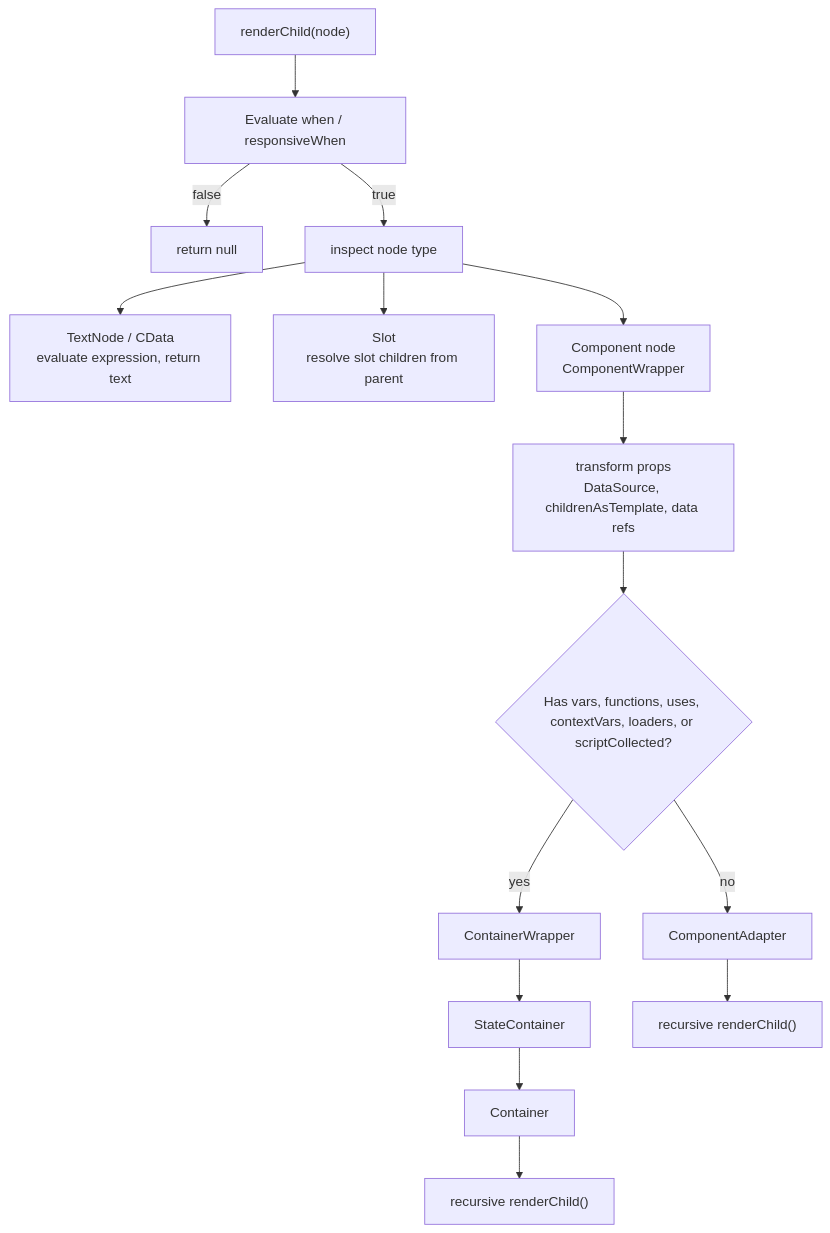
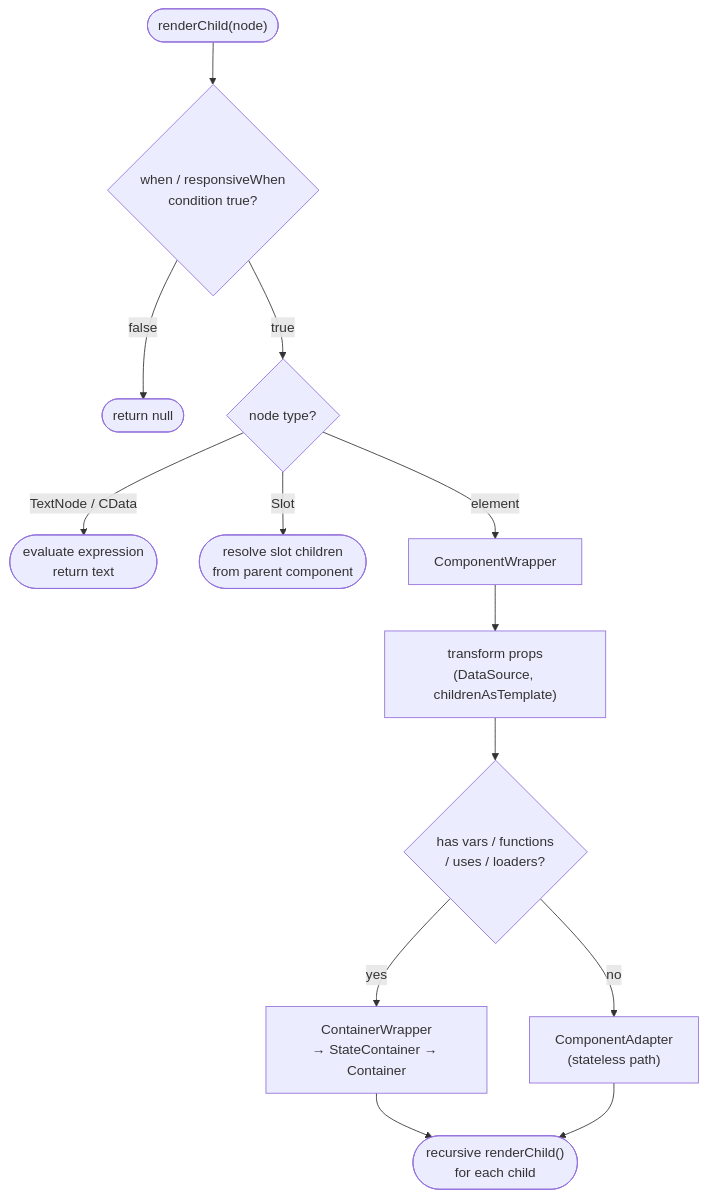
The third of 5 diagrams in xmlui/dev-docs/guide/01-mental-model.md (xmlui-org/xmlui), drawn with Mermaid before and after one commit. The commit also changed other lines of this file and 159 other files, not shown here.

````diff
--- a/xmlui/dev-docs/guide/01-mental-model.md
+++ b/xmlui/dev-docs/guide/01-mental-model.md
@@ -192,27 +153,28 @@
 ```mermaid
-flowchart TB
-  start["renderChild(node)"]
-  visible["Evaluate when / responsiveWhen"]
-  hidden["return null"]
-  inspect["inspect node type"]
-  text["TextNode / CData<br/>evaluate expression, return text"]
-  slot["Slot<br/>resolve slot children from parent"]
-  wrapper["Component node<br/>ComponentWrapper"]
-  transform["transform props<br/>DataSource, childrenAsTemplate, data refs"]
-  stateful{"Has vars, functions, uses, contextVars, loaders, or scriptCollected?"}
-  containerWrapper["ContainerWrapper"]
-  stateContainer["StateContainer"]
-  container["Container"]
-  recursiveStateful["recursive renderChild()"]
-  adapter["ComponentAdapter"]
-  recursiveStateless["recursive renderChild()"]
+graph TD
+  Start(["renderChild(node)"])
+  When{"when / responsiveWhen<br>condition true?"}
+  Skip(["return null"])
+  TypeSwitch{"node type?"}
+  TextNode(["evaluate expression<br>return text"])
+  SlotNode(["resolve slot children<br>from parent component"])
+  CW["ComponentWrapper"]
+  Transform["transform props<br>(DataSource, childrenAsTemplate)"]
+  Stateful{"has vars / functions<br>/ uses / loaders?"}
+  CWrap["ContainerWrapper<br>→ StateContainer → Container"]
+  CAdapter["ComponentAdapter<br>(stateless path)"]
+  Recurse(["recursive renderChild()<br>for each child"])
 
-  start --> visible
-  visible -->|false| hidden
-  visible -->|true| inspect
-  inspect --> text
-  inspect --> slot
-  inspect --> wrapper --> transform --> stateful
-  stateful -->|yes| containerWrapper --> stateContainer --> container --> recursiveStateful
-  stateful -->|no| adapter --> recursiveStateless
+  Start --> When
+  When -->|"false"| Skip
+  When -->|"true"| TypeSwitch
+  TypeSwitch -->|"TextNode / CData"| TextNode
+  TypeSwitch -->|"Slot"| SlotNode
+  TypeSwitch -->|"element"| CW
+  CW --> Transform
+  Transform --> Stateful
+  Stateful -->|"yes"| CWrap
+  Stateful -->|"no"| CAdapter
+  CWrap --> Recurse
+  CAdapter --> Recurse
 ```
````
